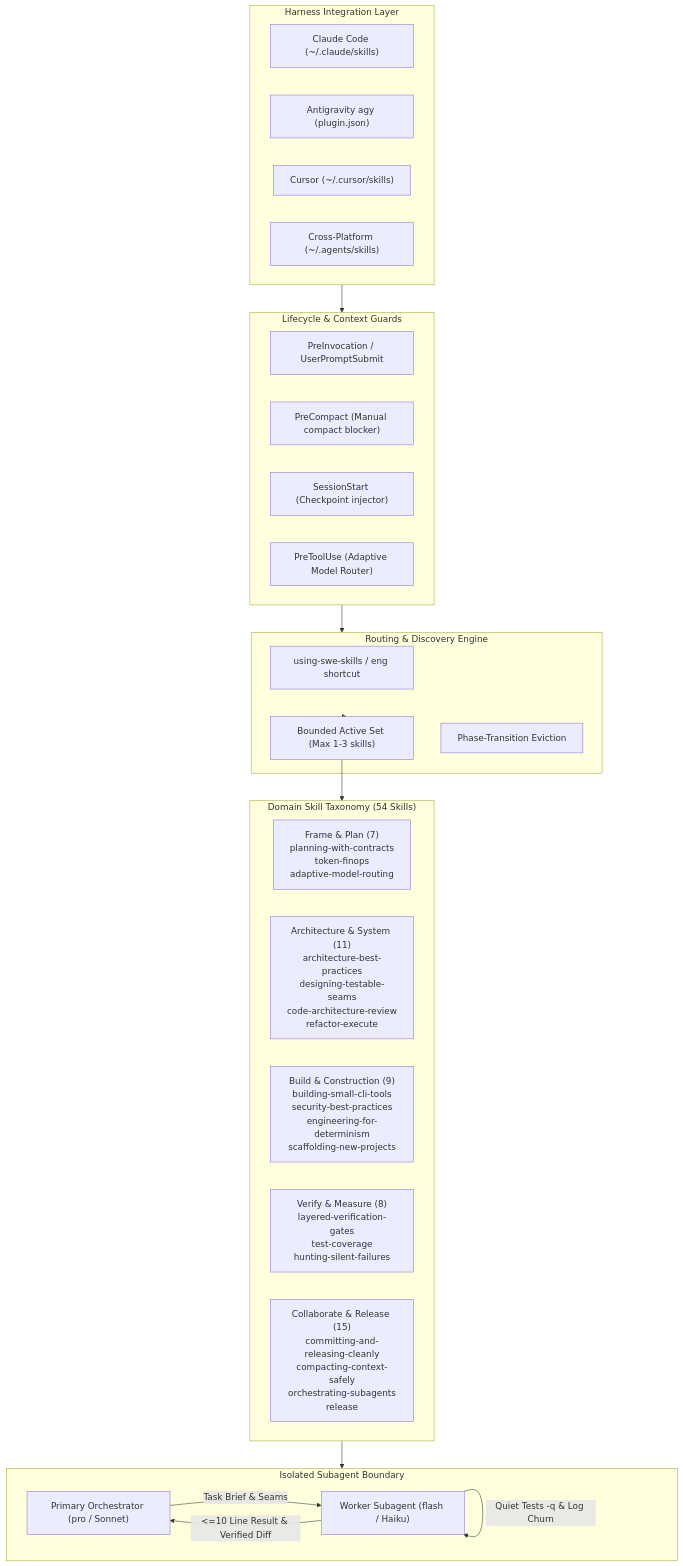
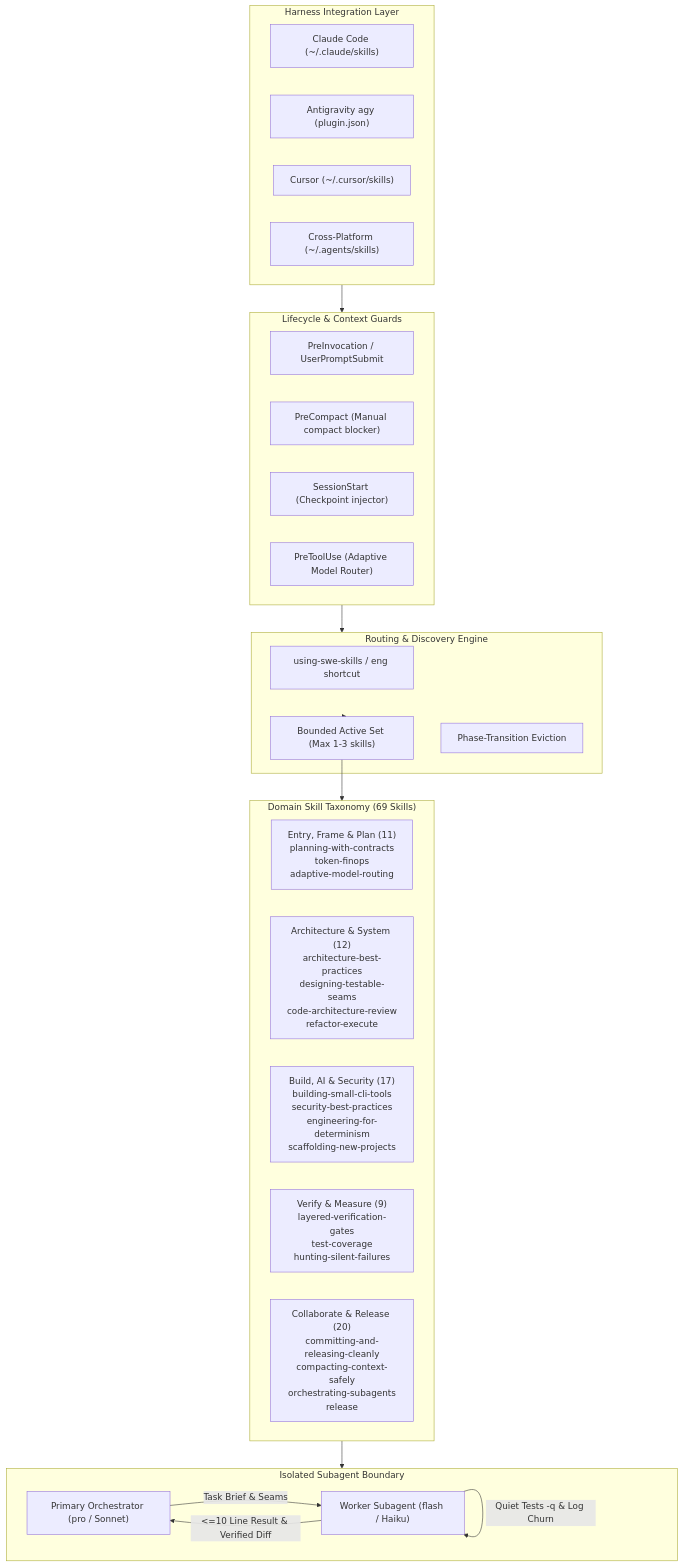
The diagram in docs/diagrams/architecture.mmd (bsommers/swe-skills-2), drawn with Mermaid before and after one commit. The commit also changed 4 other files, not shown here.

Commit message:
docs: align architecture group counts to the 69-skill total

```diff
--- a/docs/diagrams/architecture.mmd
+++ b/docs/diagrams/architecture.mmd
@@ -1,42 +1,42 @@
 flowchart TD
     subgraph HarnessLayer["Harness Integration Layer"]
         Claude["Claude Code (~/.claude/skills)"]
         Agy["Antigravity agy (plugin.json)"]
         Cursor["Cursor (~/.cursor/skills)"]
         Agents["Cross-Platform (~/.agents/skills)"]
     end
 
     subgraph HookSubsystem["Lifecycle & Context Guards"]
         CG_Pre["PreInvocation / UserPromptSubmit"]
         CG_Comp["PreCompact (Manual compact blocker)"]
         CG_Start["SessionStart (Checkpoint injector)"]
         MR_PreTool["PreToolUse (Adaptive Model Router)"]
     end
 
     subgraph CoreEngine["Routing & Discovery Engine"]
         Router["using-swe-skills / eng shortcut"]
         ActiveSet["Bounded Active Set (Max 1-3 skills)"]
         PhaseEvict["Phase-Transition Eviction"]
     end
 
-    subgraph SkillTaxonomy["Domain Skill Taxonomy (54 Skills)"]
-        FramePlan["Frame & Plan (7)<br/>planning-with-contracts<br/>token-finops<br/>adaptive-model-routing"]
-        ArchDomain["Architecture & System (11)<br/>architecture-best-practices<br/>designing-testable-seams<br/>code-architecture-review<br/>refactor-execute"]
-        BuildDomain["Build & Construction (9)<br/>building-small-cli-tools<br/>security-best-practices<br/>engineering-for-determinism<br/>scaffolding-new-projects"]
-        VerifyDomain["Verify & Measure (8)<br/>layered-verification-gates<br/>test-coverage<br/>hunting-silent-failures"]
-        ReleaseCollab["Collaborate & Release (15)<br/>committing-and-releasing-cleanly<br/>compacting-context-safely<br/>orchestrating-subagents<br/>release"]
+    subgraph SkillTaxonomy["Domain Skill Taxonomy (69 Skills)"]
+        FramePlan["Entry, Frame & Plan (11)<br/>planning-with-contracts<br/>token-finops<br/>adaptive-model-routing"]
+        ArchDomain["Architecture & System (12)<br/>architecture-best-practices<br/>designing-testable-seams<br/>code-architecture-review<br/>refactor-execute"]
+        BuildDomain["Build, AI & Security (17)<br/>building-small-cli-tools<br/>security-best-practices<br/>engineering-for-determinism<br/>scaffolding-new-projects"]
+        VerifyDomain["Verify & Measure (9)<br/>layered-verification-gates<br/>test-coverage<br/>hunting-silent-failures"]
+        ReleaseCollab["Collaborate & Release (20)<br/>committing-and-releasing-cleanly<br/>compacting-context-safely<br/>orchestrating-subagents<br/>release"]
     end
 
     subgraph SubagentExecution["Isolated Subagent Boundary"]
         PrimarySession["Primary Orchestrator (pro / Sonnet)"]
         WorkerSubagent["Worker Subagent (flash / Haiku)"]
         PrimarySession -->|Task Brief & Seams| WorkerSubagent
         WorkerSubagent -->|Quiet Tests -q & Log Churn| WorkerSubagent
         WorkerSubagent -->|<=10 Line Result & Verified Diff| PrimarySession
     end
 
     HarnessLayer --> HookSubsystem
     HookSubsystem --> CoreEngine
     CoreEngine --> ActiveSet
     ActiveSet --> SkillTaxonomy
     SkillTaxonomy --> SubagentExecution
```
